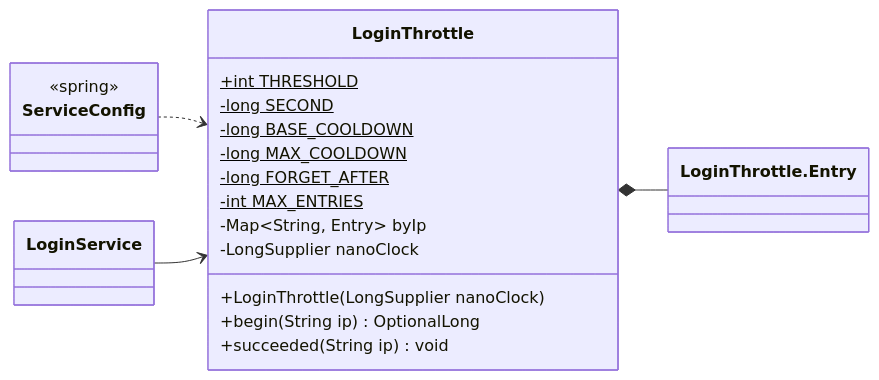
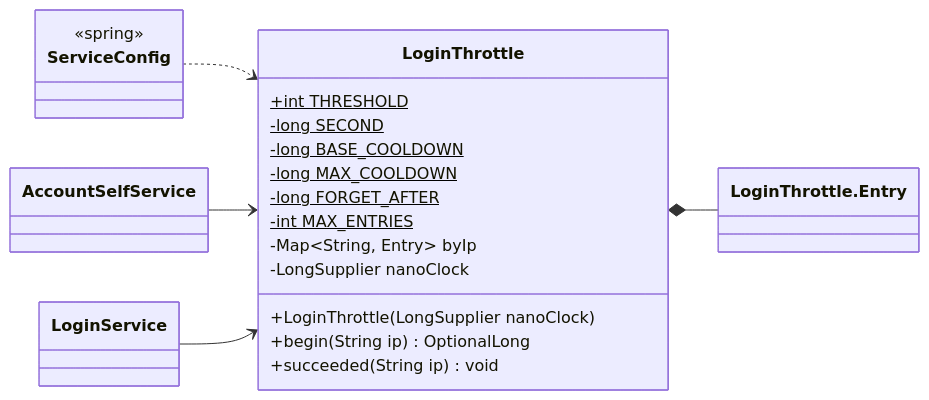
Before and after one commit to Nate-ryan-7690/dahaem: diagram 14 of 17 in docs/classes/auth.md, drawn with Mermaid. The commit also changed other lines of this file and 4 other files, not shown here.

````diff
--- a/docs/classes/auth.md
+++ b/docs/classes/auth.md
@@ -581,25 +677,27 @@
 ```mermaid
 classDiagram
     direction LR
     class auth_LoginThrottle["LoginThrottle"] {
         +int THRESHOLD$
         -long SECOND$
         -long BASE_COOLDOWN$
         -long MAX_COOLDOWN$
         -long FORGET_AFTER$
         -int MAX_ENTRIES$
         -Map~String, Entry~ byIp
         -LongSupplier nanoClock
         +LoginThrottle(LongSupplier nanoClock)
         +begin(String ip) OptionalLong
         +succeeded(String ip) void
     }
     class auth_LoginThrottle_Entry["LoginThrottle.Entry"]
+    class auth_AccountSelfService["AccountSelfService"]
     class auth_LoginService["LoginService"]
     class api_ServiceConfig["ServiceConfig"] {
         <<spring>>
     }
     auth_LoginThrottle *-- auth_LoginThrottle_Entry
     api_ServiceConfig ..> auth_LoginThrottle
+    auth_AccountSelfService --> auth_LoginThrottle
     auth_LoginService --> auth_LoginThrottle
 ```
````
